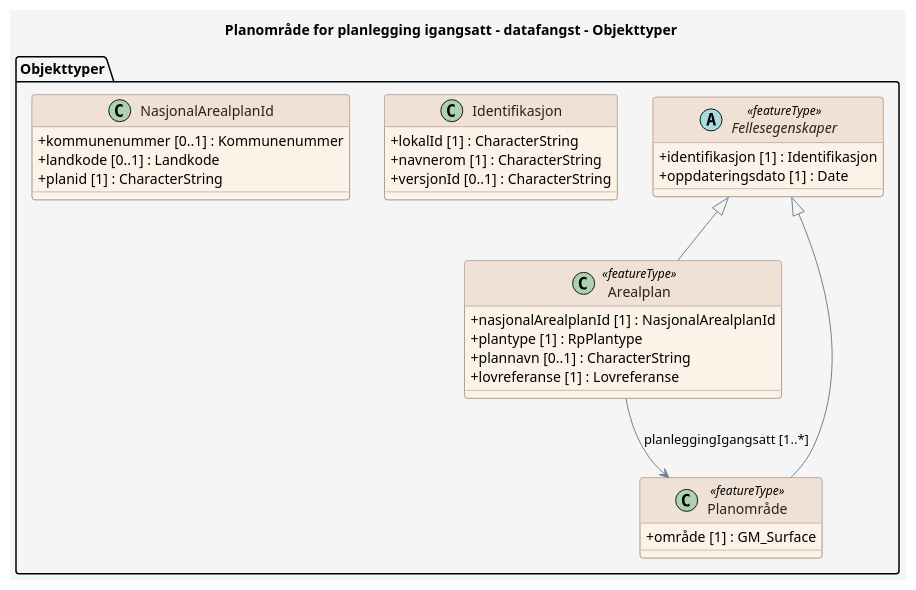
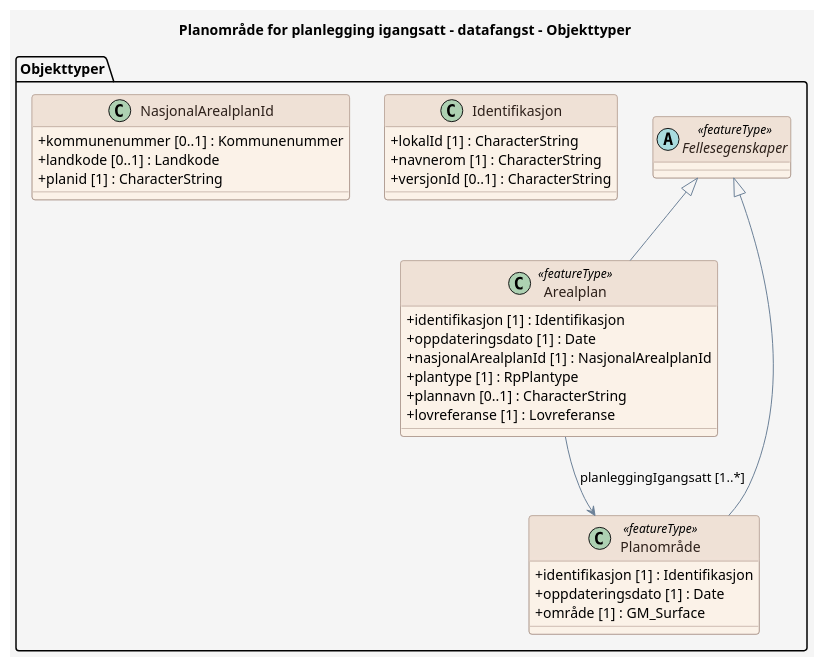
The diagram in produktspesifikasjon/planleggingigangsatt/datafangst/datafangst_feature_catalogue.puml (Arkitektum/produktspesifikasjon_plandata), drawn with PlantUML before and after one commit. The commit also changed 1 other file, not shown here.

```diff
--- a/produktspesifikasjon/planleggingigangsatt/datafangst/datafangst_feature_catalogue.puml
+++ b/produktspesifikasjon/planleggingigangsatt/datafangst/datafangst_feature_catalogue.puml
@@ -1,60 +1,63 @@
 @startuml
 title Planområde for planlegging igangsatt - datafangst - Objekttyper
 
 skinparam backgroundColor #F5F5F5
 skinparam shadowing false
 skinparam RoundCorner 6
 skinparam ArrowColor #6C8198
 skinparam class {
   BackgroundColor #FBF2E8
   BorderColor #9C8578
   FontColor #2D201A
   HeaderBackgroundColor #EFE1D6
   HeaderFontColor #2D201A
   AttributeIconSize 0
 }
 skinparam note {
   BackgroundColor #FFFFFF
   BorderColor #6C8198
   FontColor #2D201A
 }
 skinparam stereotypeCBackgroundColor #EAD9CE
 skinparam stereotypeCBorderColor #9C8578
 skinparam stereotypeCFontColor #2D201A
 
 package "Objekttyper" {
 
   abstract class Fellesegenskaper <<featureType>> {
-    + identifikasjon [1] : Identifikasjon
-    + oppdateringsdato [1] : Date
+    ' Ingen attributter
   }
 
   class Arealplan <<featureType>> {
+    + identifikasjon [1] : Identifikasjon
+    + oppdateringsdato [1] : Date
     + nasjonalArealplanId [1] : NasjonalArealplanId
     + plantype [1] : RpPlantype
     + plannavn [0..1] : CharacterString
     + lovreferanse [1] : Lovreferanse
   }
 
   class "Planområde" as Planomr_de <<featureType>> {
+    + identifikasjon [1] : Identifikasjon
+    + oppdateringsdato [1] : Date
     + område [1] : GM_Surface
   }
 
   class Identifikasjon {
     + lokalId [1] : CharacterString
     + navnerom [1] : CharacterString
     + versjonId [0..1] : CharacterString
   }
 
   class NasjonalArealplanId {
     + kommunenummer [0..1] : Kommunenummer
     + landkode [0..1] : Landkode
     + planid [1] : CharacterString
   }
 }
 
   Fellesegenskaper <|-- Arealplan
   Arealplan --> Planomr_de : planleggingIgangsatt [1..*]
   Fellesegenskaper <|-- Planomr_de
 
 @enduml
```
